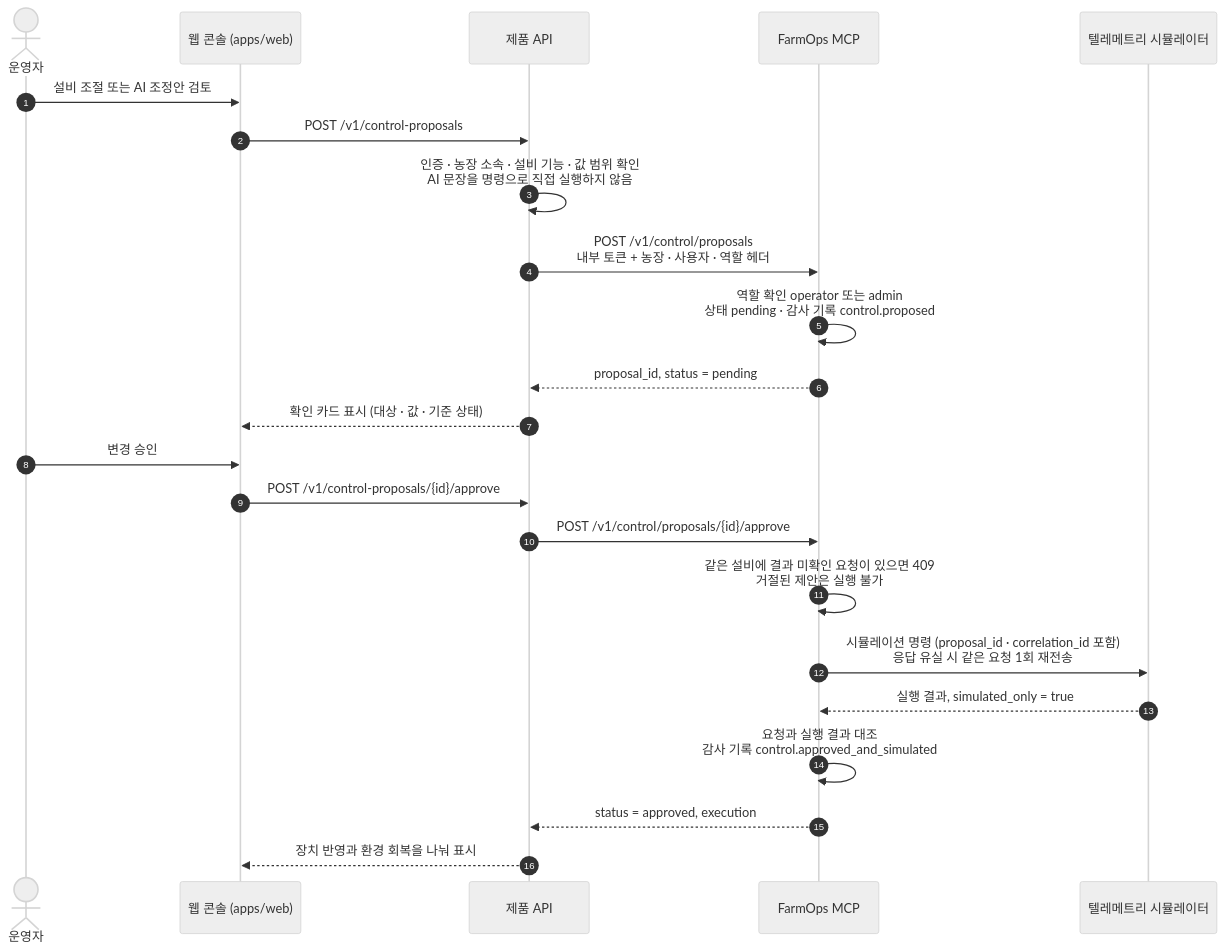
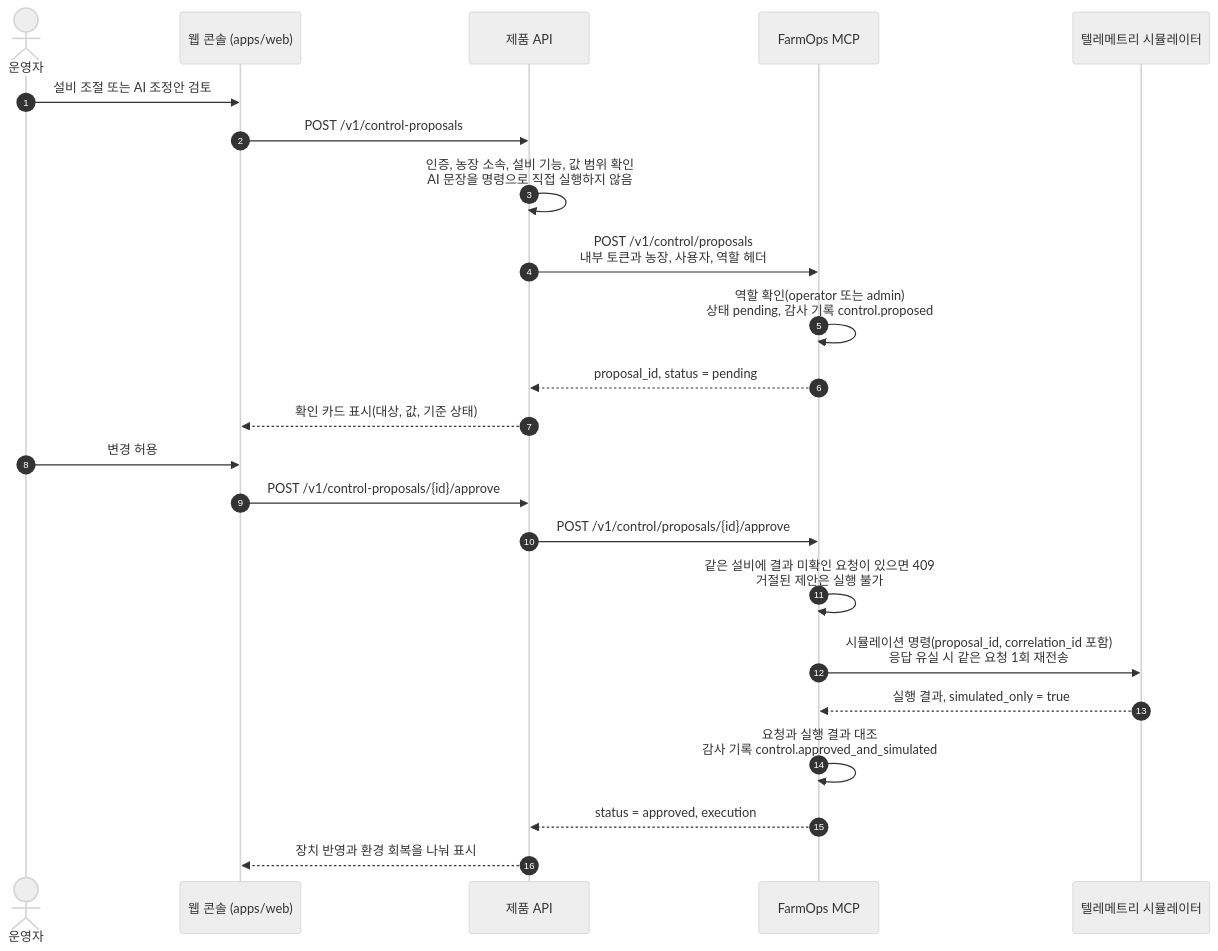
The fourth of 5 diagrams in README.md (NAMUORI00/smartfarm-adaptive-rag), drawn with Mermaid (neutral theme) before and after one commit. The commit also changed other lines of this file, not shown here.

````diff
--- a/README.md
+++ b/README.md
@@ -206,26 +206,26 @@
 ```mermaid
 sequenceDiagram
     autonumber
     actor Op as 운영자
     participant Web as 웹 콘솔 (apps/web)
     participant API as 제품 API
     participant MCP as FarmOps MCP
     participant Tel as 텔레메트리 시뮬레이터
 
     Op->>Web: 설비 조절 또는 AI 조정안 검토
     Web->>API: POST /v1/control-proposals
-    API->>API: 인증 · 농장 소속 · 설비 기능 · 값 범위 확인<br/>AI 문장을 명령으로 직접 실행하지 않음
-    API->>MCP: POST /v1/control/proposals<br/>내부 토큰 + 농장 · 사용자 · 역할 헤더
-    MCP->>MCP: 역할 확인 operator 또는 admin<br/>상태 pending · 감사 기록 control.proposed
+    API->>API: 인증, 농장 소속, 설비 기능, 값 범위 확인<br/>AI 문장을 명령으로 직접 실행하지 않음
+    API->>MCP: POST /v1/control/proposals<br/>내부 토큰과 농장, 사용자, 역할 헤더
+    MCP->>MCP: 역할 확인(operator 또는 admin)<br/>상태 pending, 감사 기록 control.proposed
     MCP-->>API: proposal_id, status = pending
-    API-->>Web: 확인 카드 표시 (대상 · 값 · 기준 상태)
-    Op->>Web: 변경 승인
+    API-->>Web: 확인 카드 표시(대상, 값, 기준 상태)
+    Op->>Web: 변경 허용
     Web->>API: POST /v1/control-proposals/{id}/approve
     API->>MCP: POST /v1/control/proposals/{id}/approve
     MCP->>MCP: 같은 설비에 결과 미확인 요청이 있으면 409<br/>거절된 제안은 실행 불가
-    MCP->>Tel: 시뮬레이션 명령 (proposal_id · correlation_id 포함)<br/>응답 유실 시 같은 요청 1회 재전송
+    MCP->>Tel: 시뮬레이션 명령(proposal_id, correlation_id 포함)<br/>응답 유실 시 같은 요청 1회 재전송
     Tel-->>MCP: 실행 결과, simulated_only = true
     MCP->>MCP: 요청과 실행 결과 대조<br/>감사 기록 control.approved_and_simulated
     MCP-->>API: status = approved, execution
     API-->>Web: 장치 반영과 환경 회복을 나눠 표시
 ```
````
